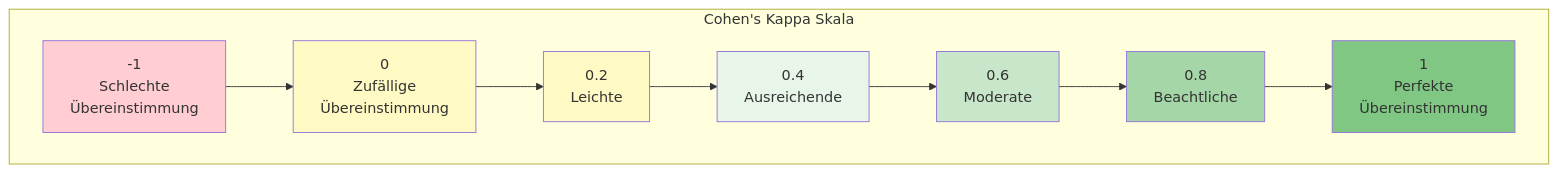
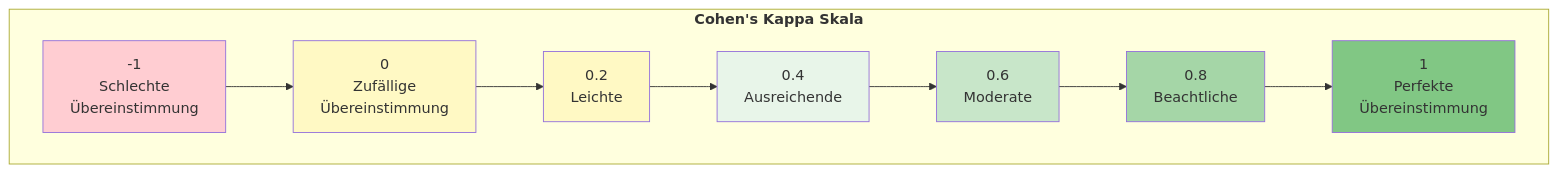
Before and after one commit to ralf-42/ML_Intro: the third of 8 diagrams in docs/concepts/evaluate/bewertung_klassifizierung.md, drawn with Mermaid. The commit also changed other lines of this file, not shown here.

````diff
--- a/docs/concepts/evaluate/bewertung_klassifizierung.md
+++ b/docs/concepts/evaluate/bewertung_klassifizierung.md
@@ -281,23 +281,23 @@
 ```mermaid
 flowchart LR
-    subgraph scale["Cohen's Kappa Skala"]
+    subgraph scale["<b>Cohen's Kappa Skala"]
         direction LR
         S1["-1<br/>Schlechte<br/>Übereinstimmung"]
         S2["0<br/>Zufällige<br/>Übereinstimmung"]
         S3["0.2<br/>Leichte"]
         S4["0.4<br/>Ausreichende"]
         S5["0.6<br/>Moderate"]
         S6["0.8<br/>Beachtliche"]
         S7["1<br/>Perfekte<br/>Übereinstimmung"]
     end
     
     S1 --> S2 --> S3 --> S4 --> S5 --> S6 --> S7
     
     style S1 fill:#ffcdd2
     style S2 fill:#fff9c4
     style S3 fill:#fff9c4
     style S4 fill:#e8f5e9
     style S5 fill:#c8e6c9
     style S6 fill:#a5d6a7
     style S7 fill:#81c784
 ```
````
